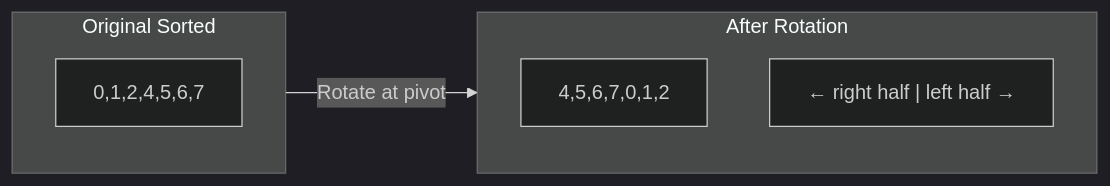
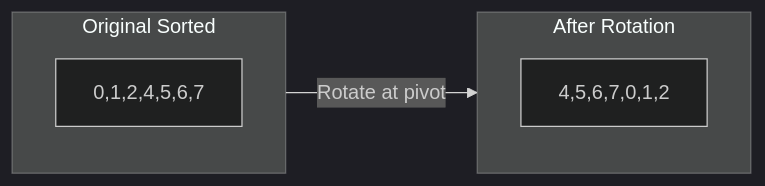
The tenth of 14 diagrams in dsa/Advanced/04-Binary search/02-logic-building/logic-building-1.md (pentoshi007/tuf), drawn with Mermaid (dark theme) before and after one commit. The commit also changed other lines of this file and 1 other file, not shown here.

First line of the commit message:
Fix Mermaid diagram syntax for GitHub compatibility

````diff
--- a/dsa/Advanced/04-Binary search/02-logic-building/logic-building-1.md
+++ b/dsa/Advanced/04-Binary search/02-logic-building/logic-building-1.md
@@ -598,13 +601,12 @@
 ```mermaid
 flowchart LR
     subgraph Original["Original Sorted"]
         O["0,1,2,4,5,6,7"]
     end
     
     subgraph Rotated["After Rotation"]
         R["4,5,6,7,0,1,2"]
-        R1["← right half | left half →"]
     end
     
     Original -->|"Rotate at pivot"| Rotated
 ```
````
